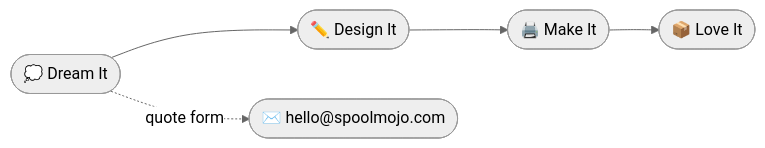
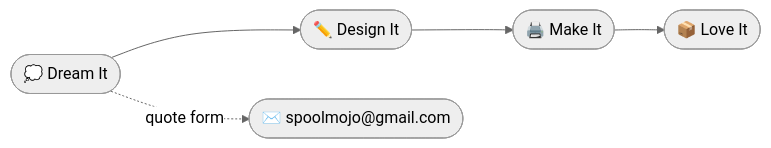
One commit to kavyasoni/spoolmojo changed the diagram in README.md. Above: the diagram before and after it, drawn with Mermaid (neutral theme). The commit also changed other lines of this file, not shown here.

Commit message:
docs: sync README contact to gmail

````diff
--- a/README.md
+++ b/README.md
@@ -54,5 +54,5 @@
 ```mermaid
 flowchart LR
   A([💭 Dream It]) --> B([✏️ Design It]) --> C([🖨️ Make It]) --> D([📦 Love It])
-  A -.->|quote form| E([✉️ hello@spoolmojo.com])
+  A -.->|quote form| E([✉️ spoolmojo@gmail.com])
 ```
````
